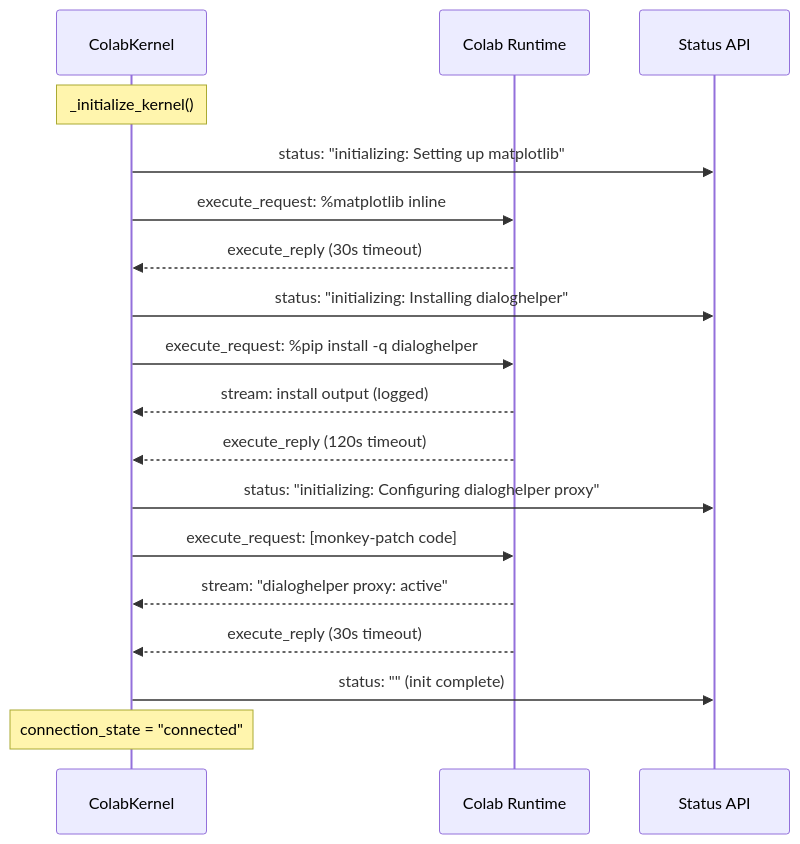
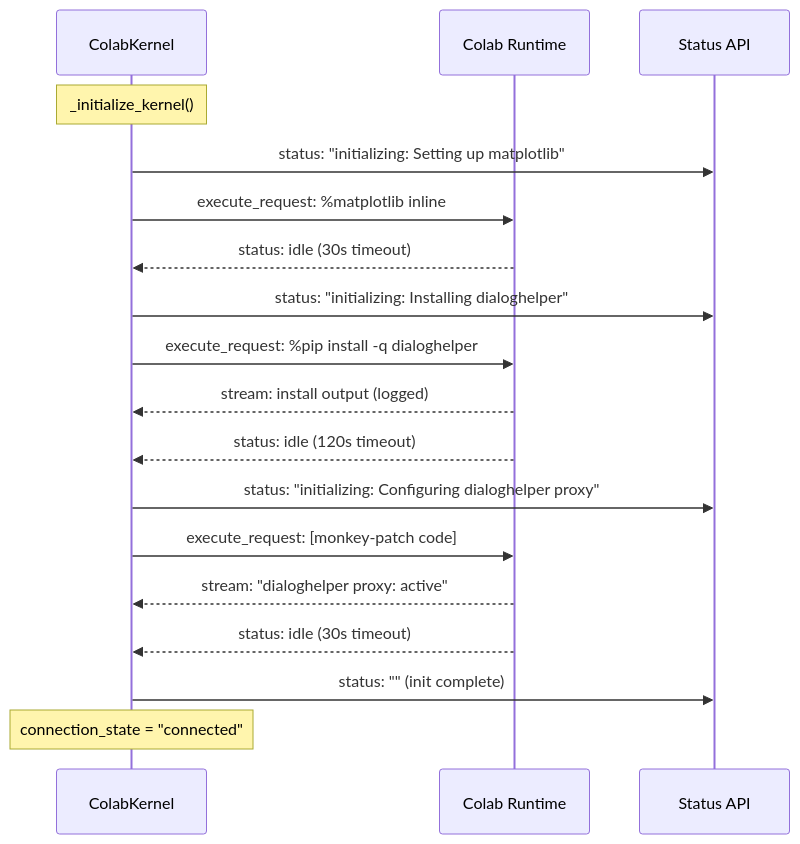
One commit to sgaseretto/solveish changed the third of 4 diagrams in docs/how_it_works/13_colab_dialoghelper_proxy.md. Above: the diagram before and after it, drawn with Mermaid. The commit also changed other lines of this file and 19 other files, not shown here.

````diff
--- a/docs/how_it_works/13_colab_dialoghelper_proxy.md
+++ b/docs/how_it_works/13_colab_dialoghelper_proxy.md
@@ -83,25 +83,25 @@
 ```mermaid
 sequenceDiagram
     participant CK as ColabKernel
     participant RT as Colab Runtime
     participant UI as Status API
 
     Note over CK: _initialize_kernel()
 
     CK->>UI: status: "initializing: Setting up matplotlib"
     CK->>RT: execute_request: %matplotlib inline
-    RT-->>CK: execute_reply (30s timeout)
+    RT-->>CK: status: idle (30s timeout)
 
     CK->>UI: status: "initializing: Installing dialoghelper"
     CK->>RT: execute_request: %pip install -q dialoghelper
     RT-->>CK: stream: install output (logged)
-    RT-->>CK: execute_reply (120s timeout)
+    RT-->>CK: status: idle (120s timeout)
 
     CK->>UI: status: "initializing: Configuring dialoghelper proxy"
     CK->>RT: execute_request: [monkey-patch code]
     RT-->>CK: stream: "dialoghelper proxy: active"
-    RT-->>CK: execute_reply (30s timeout)
+    RT-->>CK: status: idle (30s timeout)
 
     CK->>UI: status: "" (init complete)
     Note over CK: connection_state = "connected"
 ```
````
